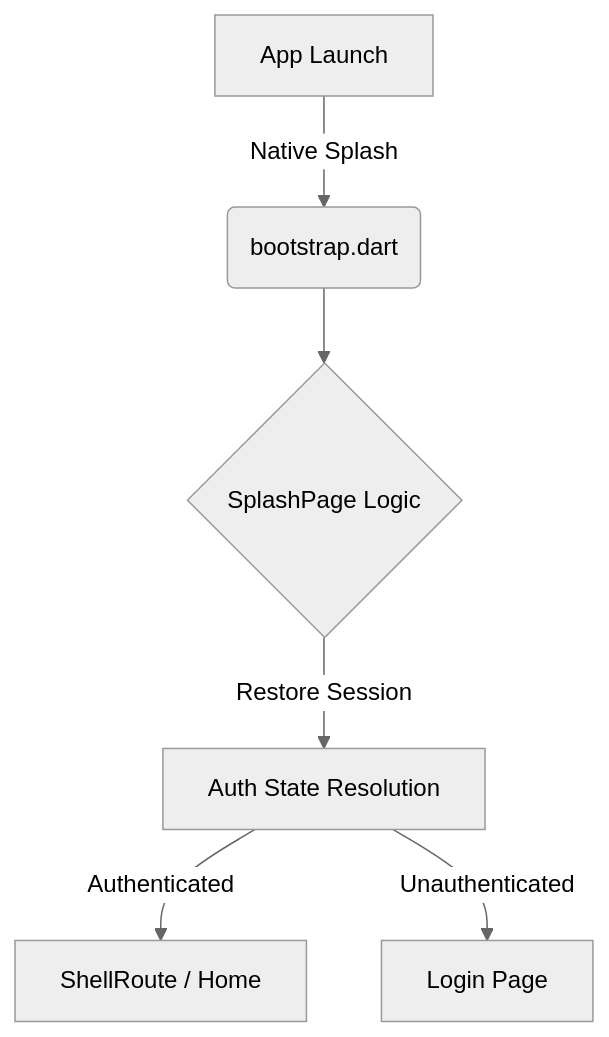
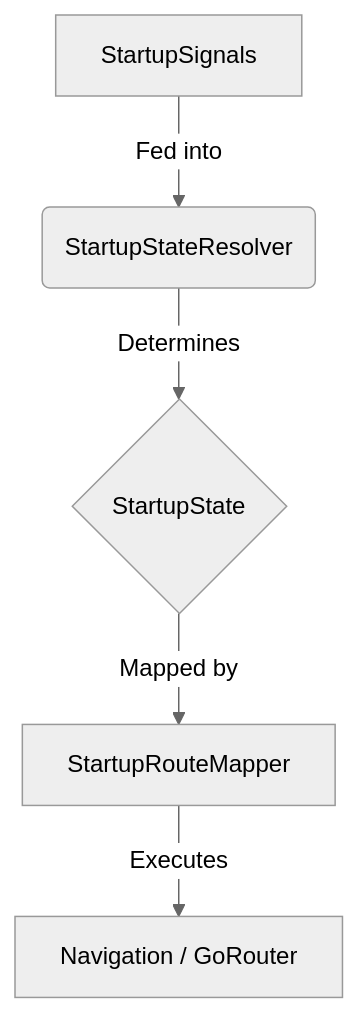
Before and after one commit to AnyGong/riverpod_go_router_boilerplate: the diagram in README.md, drawn with Mermaid (neutral theme). The commit also changed other lines of this file, not shown here.

````diff
--- a/README.md
+++ b/README.md
@@ -143,8 +147,7 @@
 ```mermaid
 graph TD
-    A[App Launch] -->|Native Splash| B(bootstrap.dart)
-    B --> C{SplashPage Logic}
-    C -->|Restore Session| D[Auth State Resolution]
-    D -->|Authenticated| E[ShellRoute / Home]
-    D -->|Unauthenticated| F[Login Page]
+    A[StartupSignals] -->|Fed into| B(StartupStateResolver)
+    B -->|Determines| C{StartupState}
+    C -->|Mapped by| D[StartupRouteMapper]
+    D -->|Executes| E[Navigation / GoRouter]
 ```
````
